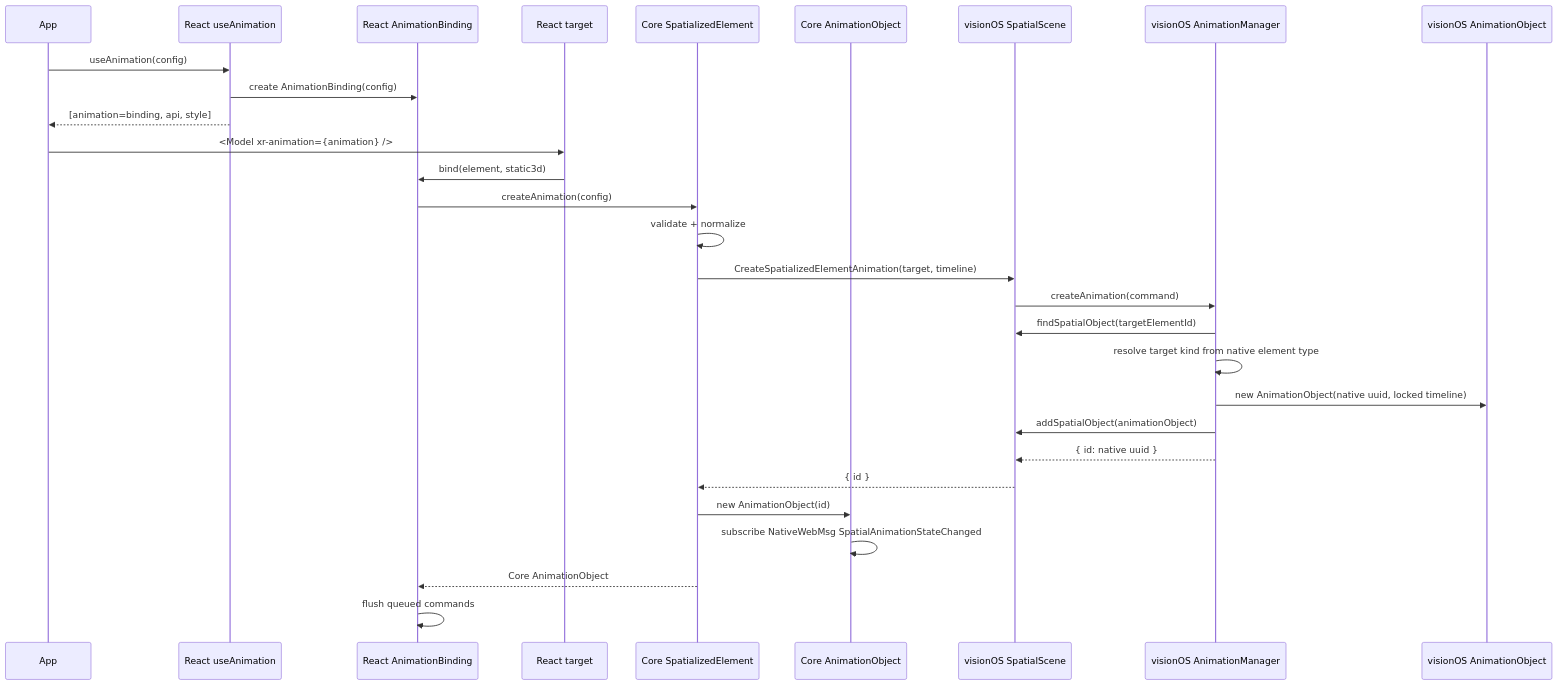
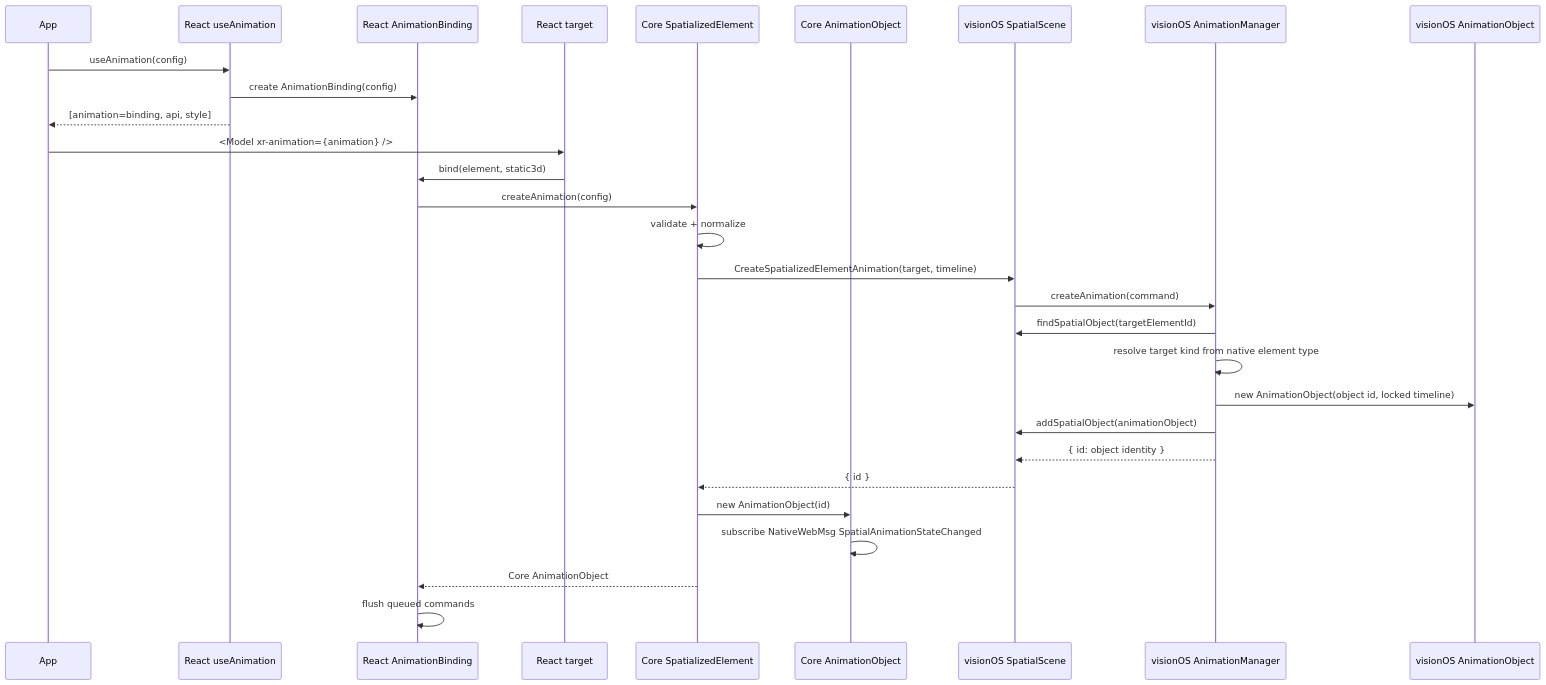
The second of 6 diagrams in openspec/changes/spatialized-element-motion-api/design.zh.md (webspatial/webspatial-sdk), drawn with Mermaid before and after one commit. The commit also changed other lines of this file and 9 other files, not shown here.

Commit message:
refactor: remove AnimationObject uuid public API

````diff
--- a/openspec/changes/spatialized-element-motion-api/design.zh.md
+++ b/openspec/changes/spatialized-element-motion-api/design.zh.md
@@ -286,33 +286,33 @@
 ```mermaid
 sequenceDiagram
   participant App
   participant Hook as React useAnimation
   participant Binding as React AnimationBinding
   participant Target as React target
   participant Element as Core SpatializedElement
   participant CoreObj as Core AnimationObject
   participant Scene as visionOS SpatialScene
   participant Manager as visionOS AnimationManager
   participant NativeObj as visionOS AnimationObject
 
   App->>Hook: useAnimation(config)
   Hook->>Binding: create AnimationBinding(config)
   Hook-->>App: [animation=binding, api, style]
 
   App->>Target: <Model xr-animation={animation} />
   Target->>Binding: bind(element, static3d)
   Binding->>Element: createAnimation(config)
   Element->>Element: validate + normalize
   Element->>Scene: CreateSpatializedElementAnimation(target, timeline)
   Scene->>Manager: createAnimation(command)
   Manager->>Scene: findSpatialObject(targetElementId)
   Manager->>Manager: resolve target kind from native element type
-  Manager->>NativeObj: new AnimationObject(native uuid, locked timeline)
+  Manager->>NativeObj: new AnimationObject(object id, locked timeline)
   Manager->>Scene: addSpatialObject(animationObject)
-  Manager-->>Scene: { id: native uuid }
+  Manager-->>Scene: { id: object identity }
   Scene-->>Element: { id }
   Element->>CoreObj: new AnimationObject(id)
   CoreObj->>CoreObj: subscribe NativeWebMsg SpatialAnimationStateChanged
   Element-->>Binding: Core AnimationObject
   Binding->>Binding: flush queued commands
 ```
````
